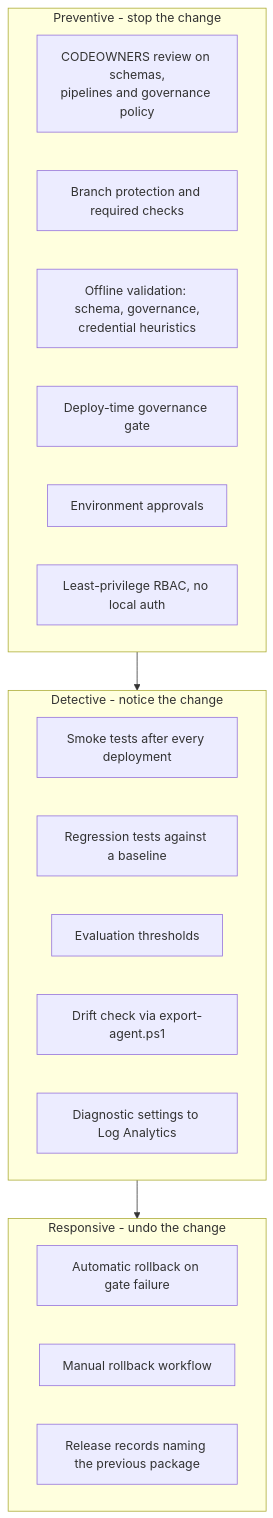
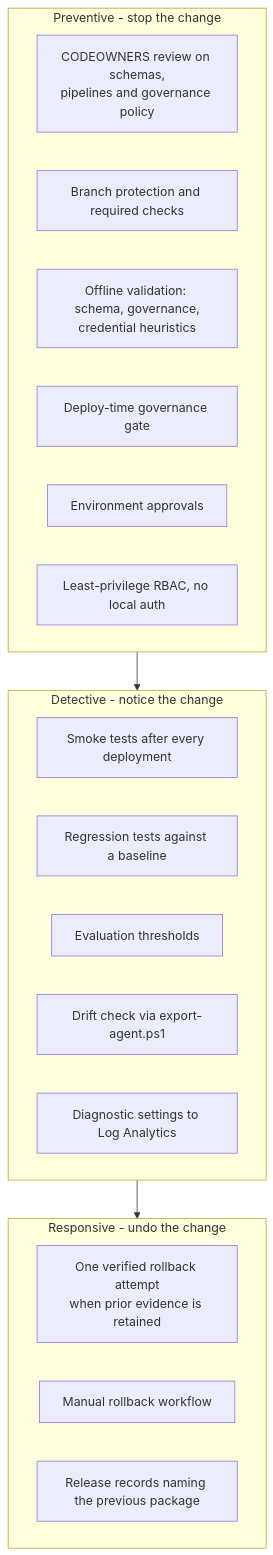
One commit to rob-mckenna/foundry-prompt-agent-cicd-accelerator changed the diagram in docs/governance.md. Above: the diagram before and after it, drawn with Mermaid. The commit also changed other lines of this file and 56 other files, not shown here.

````diff
--- a/docs/governance.md
+++ b/docs/governance.md
@@ -8,24 +10,24 @@
 ```mermaid
 flowchart TB
     subgraph PREVENT["Preventive - stop the change"]
         P1["CODEOWNERS review on schemas,<br/>pipelines and governance policy"]
         P2["Branch protection and required checks"]
         P3["Offline validation: schema, governance,<br/>credential heuristics"]
         P4["Deploy-time governance gate"]
         P5["Environment approvals"]
         P6["Least-privilege RBAC, no local auth"]
     end
     subgraph DETECT["Detective - notice the change"]
         D1["Smoke tests after every deployment"]
         D2["Regression tests against a baseline"]
         D3["Evaluation thresholds"]
         D4["Drift check via export-agent.ps1"]
         D5["Diagnostic settings to Log Analytics"]
     end
     subgraph RESPOND["Responsive - undo the change"]
-        R1["Automatic rollback on gate failure"]
+        R1["One verified rollback attempt<br/>when prior evidence is retained"]
         R2["Manual rollback workflow"]
         R3["Release records naming the previous package"]
     end
     PREVENT --> DETECT --> RESPOND
 ```
````
